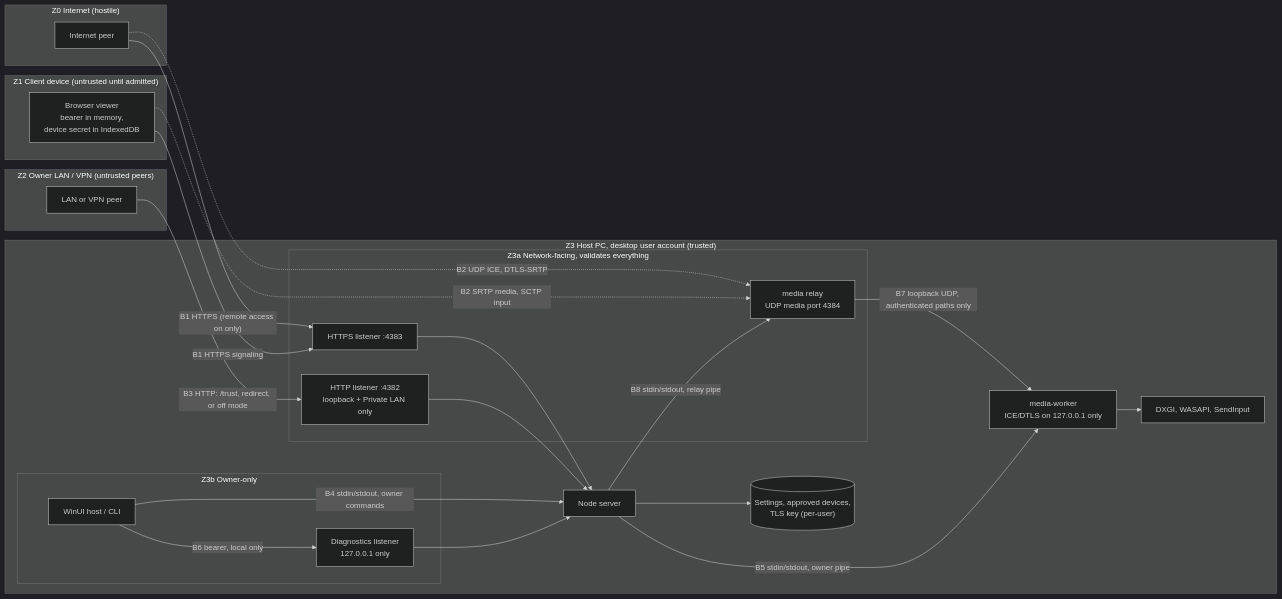
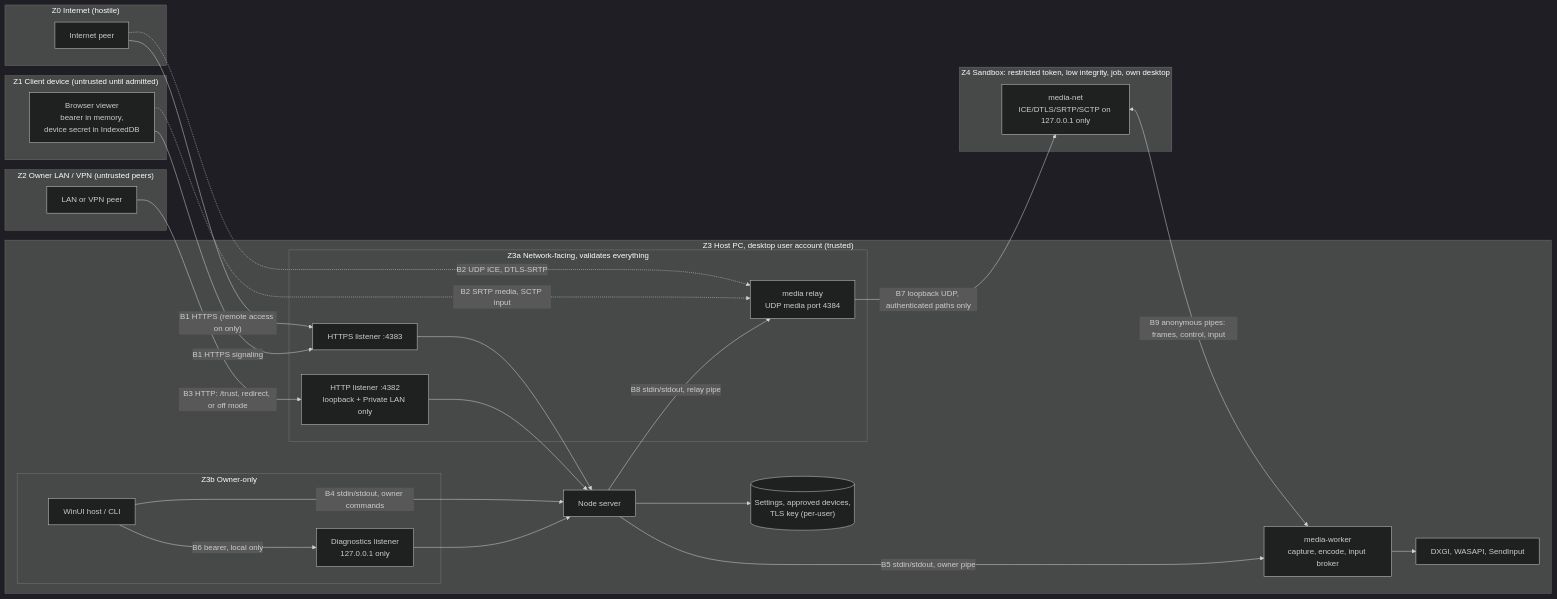
One commit to kiforsbe/vidvnc changed diagram 16 of 19 in docs/ARCHITECTURE.md. Above: the diagram before and after it, drawn with Mermaid (dark theme). The commit also changed other lines of this file and 19 other files, not shown here.

````diff
--- a/docs/ARCHITECTURE.md
+++ b/docs/ARCHITECTURE.md
@@ -802,43 +892,47 @@
 ```mermaid
 flowchart LR
     subgraph Z0["Z0 Internet (hostile)"]
         inet["Internet peer"]
     end
     subgraph Z1["Z1 Client device (untrusted until admitted)"]
         browser["Browser viewer<br/>bearer in memory,<br/>device secret in IndexedDB"]
     end
     subgraph Z2["Z2 Owner LAN / VPN (untrusted peers)"]
         lanpeer["LAN or VPN peer"]
     end
     subgraph Z3["Z3 Host PC, desktop user account (trusted)"]
         subgraph Z3a["Z3a Network-facing, validates everything"]
             https["HTTPS listener :4383"]
             http["HTTP listener :4382<br/>loopback + Private LAN only"]
             relay["media relay<br/>UDP media port 4384"]
         end
         subgraph Z3b["Z3b Owner-only"]
             host["WinUI host / CLI"]
             diag["Diagnostics listener<br/>127.0.0.1 only"]
         end
         server["Node server"]
-        worker["media-worker<br/>ICE/DTLS on 127.0.0.1 only"]
+        worker["media-worker<br/>capture, encode, input broker"]
         store[("Settings, approved devices,<br/>TLS key (per-user)")]
         os["DXGI, WASAPI, SendInput"]
+    end
+    subgraph Z4["Z4 Sandbox: restricted token, low integrity, job, own desktop"]
+        net["media-net<br/>ICE/DTLS/SRTP/SCTP on 127.0.0.1 only"]
     end
 
     inet -->|"B1 HTTPS (remote access on only)"| https
     inet -.->|"B2 UDP ICE, DTLS-SRTP"| relay
     browser -->|"B1 HTTPS signaling"| https
     lanpeer -->|"B3 HTTP: /trust, redirect, or off mode"| http
     browser -.->|"B2 SRTP media, SCTP input"| relay
     https --> server
     http --> server
-    relay -->|"B7 loopback UDP, authenticated paths only"| worker
+    relay -->|"B7 loopback UDP, authenticated paths only"| net
+    net <-->|"B9 anonymous pipes: frames, control, input"| worker
     host -->|"B4 stdin/stdout, owner commands"| server
     server -->|"B5 stdin/stdout, owner pipe"| worker
     server -->|"B8 stdin/stdout, relay pipe"| relay
     host -->|"B6 bearer, local only"| diag
     diag --> server
     server --> store
     worker --> os
 ```
````
